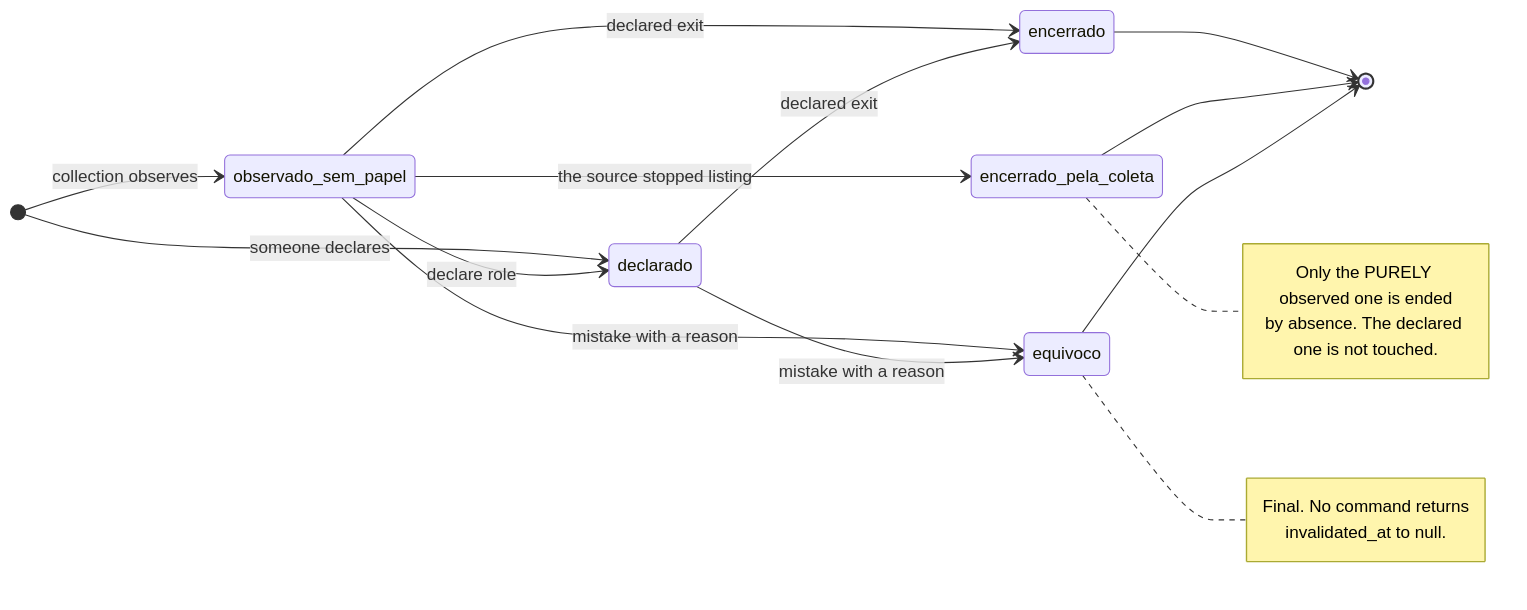
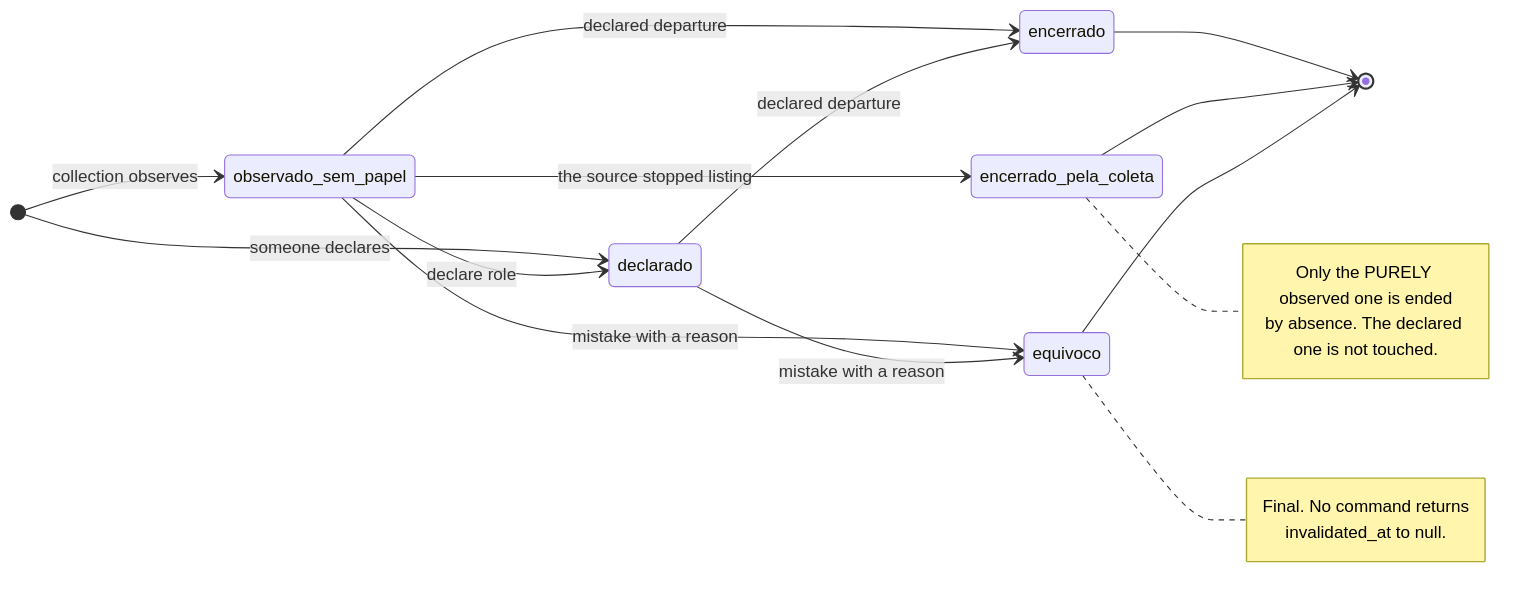
The first of 2 diagrams in docs/modelos/estados/vinculo-de-equipe.en.md (The-Band-Solution/theband), drawn with Mermaid before and after one commit. The commit also changed other lines of this file and 4 other files, not shown here.

````diff
--- a/docs/modelos/estados/vinculo-de-equipe.en.md
+++ b/docs/modelos/estados/vinculo-de-equipe.en.md
@@ -50,29 +50,29 @@
 ```mermaid
 stateDiagram-v2
     direction LR
 
     [*] --> observado_sem_papel : collection observes
     [*] --> declarado : someone declares
 
     observado_sem_papel --> declarado : declare role
     observado_sem_papel --> encerrado_pela_coleta : the source stopped listing
-    observado_sem_papel --> encerrado : declared exit
+    observado_sem_papel --> encerrado : declared departure
     observado_sem_papel --> equivoco : mistake with a reason
 
-    declarado --> encerrado : declared exit
+    declarado --> encerrado : declared departure
     declarado --> equivoco : mistake with a reason
 
     encerrado --> [*]
     encerrado_pela_coleta --> [*]
     equivoco --> [*]
 
     note right of encerrado_pela_coleta
         Only the PURELY observed one is ended
         by absence. The declared one is not touched.
     end note
 
     note right of equivoco
         Final. No command returns
         invalidated_at to null.
     end note
 ```
````
